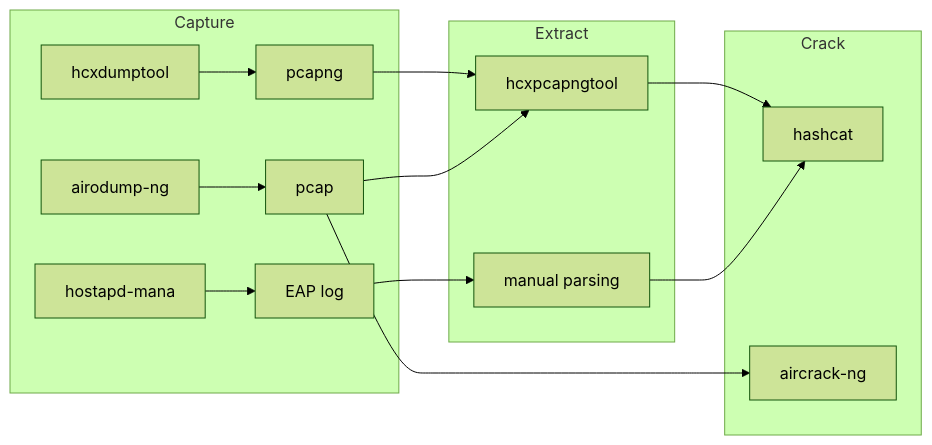
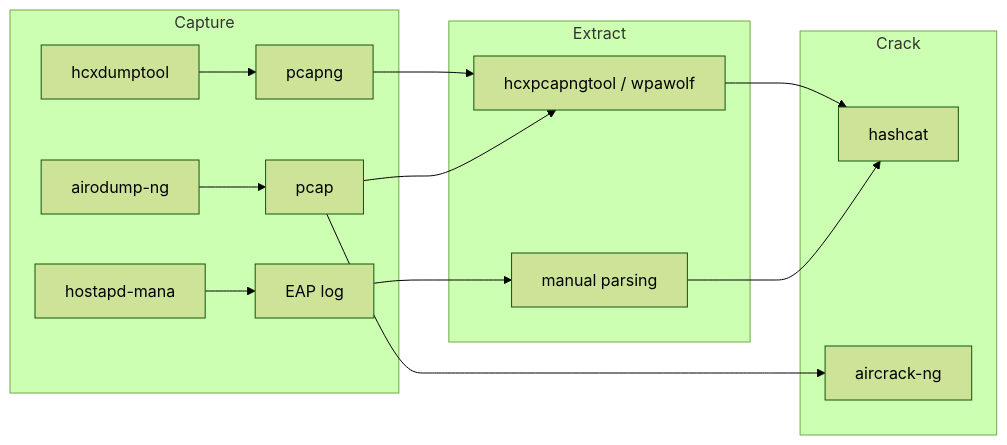
Before and after one commit to StrongWind1/WiFi_Cracking: the diagram in docs/tools/index.md, drawn with Mermaid (forest theme). The commit also changed other lines of this file and 27 other files, not shown here.

````diff
--- a/docs/tools/index.md
+++ b/docs/tools/index.md
@@ -22,18 +23,18 @@
 ```mermaid
 flowchart LR
     subgraph Capture
         A[hcxdumptool] --> C[pcapng]
         B[airodump-ng] --> D[pcap]
         E[hostapd-mana] --> F[EAP log]
     end
     subgraph Extract
-        C --> G[hcxpcapngtool]
+        C --> G[hcxpcapngtool / wpawolf]
         D --> G
         F --> H[manual parsing]
     end
     subgraph Crack
         G --> I[hashcat]
         H --> I
         D --> J[aircrack-ng]
     end
 ```
````
